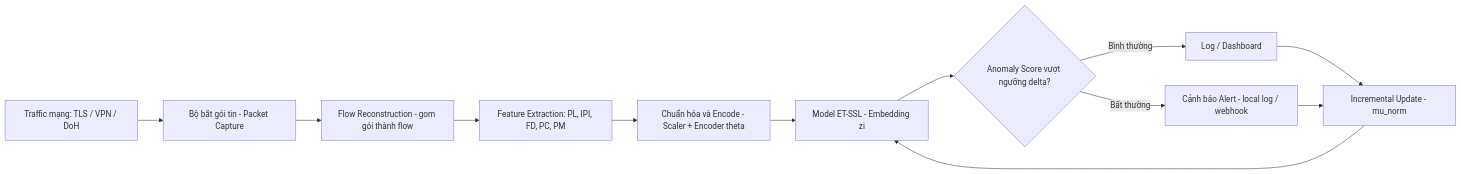
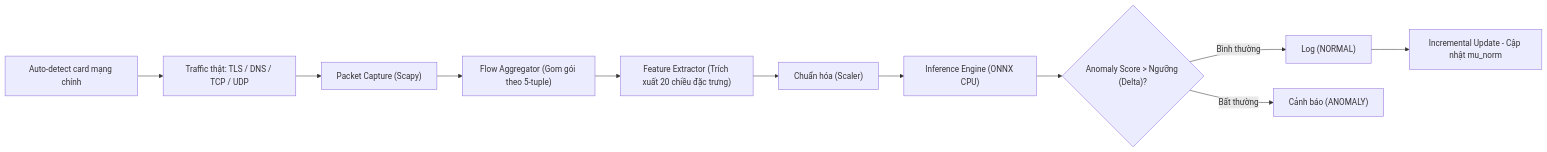
One commit to nhutphuongasasa/do-an-thuc-tap changed the diagram in readme.md. Above: the diagram before and after it, drawn with Mermaid. The commit also changed other lines of this file and 74 other files, not shown here.

````diff
--- a/readme.md
+++ b/readme.md
@@ -13,14 +11,13 @@
 ```mermaid
 flowchart LR
-    A["Traffic mạng: TLS / VPN / DoH"] --> B["Bộ bắt gói tin - Packet Capture"]
-    B --> C["Flow Reconstruction - gom gói thành flow"]
-    C --> D["Feature Extraction: PL, IPI, FD, PC, PM"]
-    D --> E["Chuẩn hóa và Encode - Scaler + Encoder theta"]
-    E --> F["Model ET-SSL - Embedding zi"]
-    F --> G{"Anomaly Score vượt ngưỡng delta?"}
-    G -- Bình thường --> H["Log / Dashboard"]
-    G -- Bất thường --> I["Cảnh báo Alert - local log / webhook"]
-    H --> J["Incremental Update - mu_norm"]
-    I --> J
-    J --> F
+    A0["Auto-detect card mạng chính"] --> A
+    A["Traffic thật: TLS / DNS / TCP / UDP"] --> B["Packet Capture (Scapy)"]
+    B --> C["Flow Aggregator (Gom gói theo 5-tuple)"]
+    C --> D["Feature Extractor (Trích xuất 20 chiều đặc trưng)"]
+    D --> E["Chuẩn hóa (Scaler)"]
+    E --> F["Inference Engine (ONNX CPU)"]
+    F --> G{"Anomaly Score > Ngưỡng (Delta)?"}
+    G -- Bình thường --> H["Log (NORMAL)"]
+    G -- Bất thường --> I["Cảnh báo (ANOMALY)"]
+    H --> J["Incremental Update - Cập nhật mu_norm"]
 ```
````
